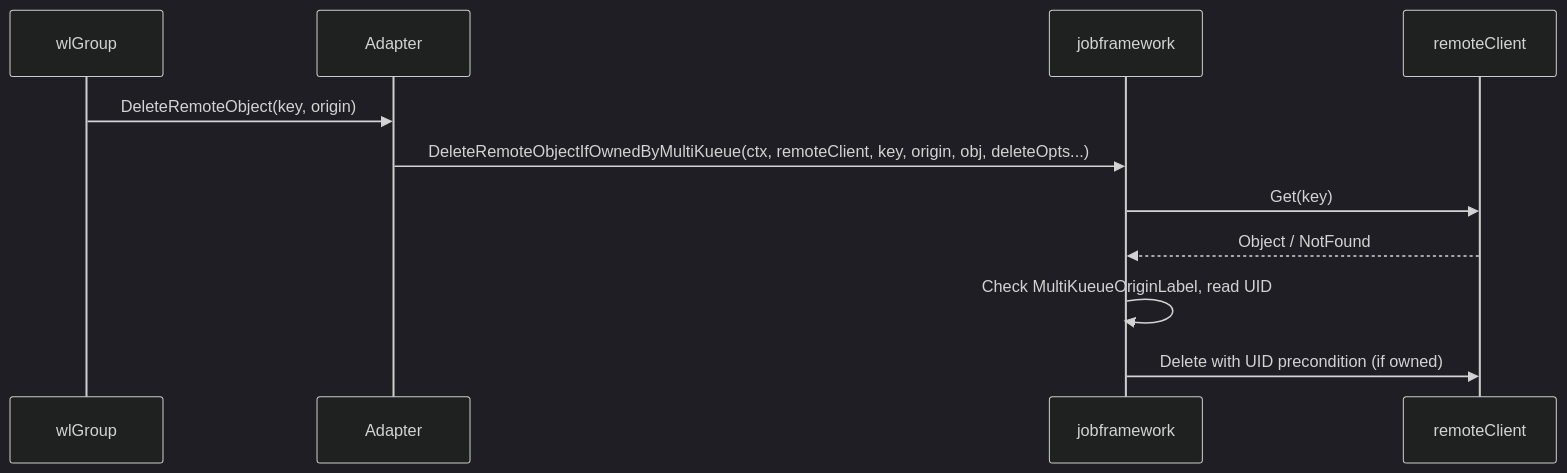
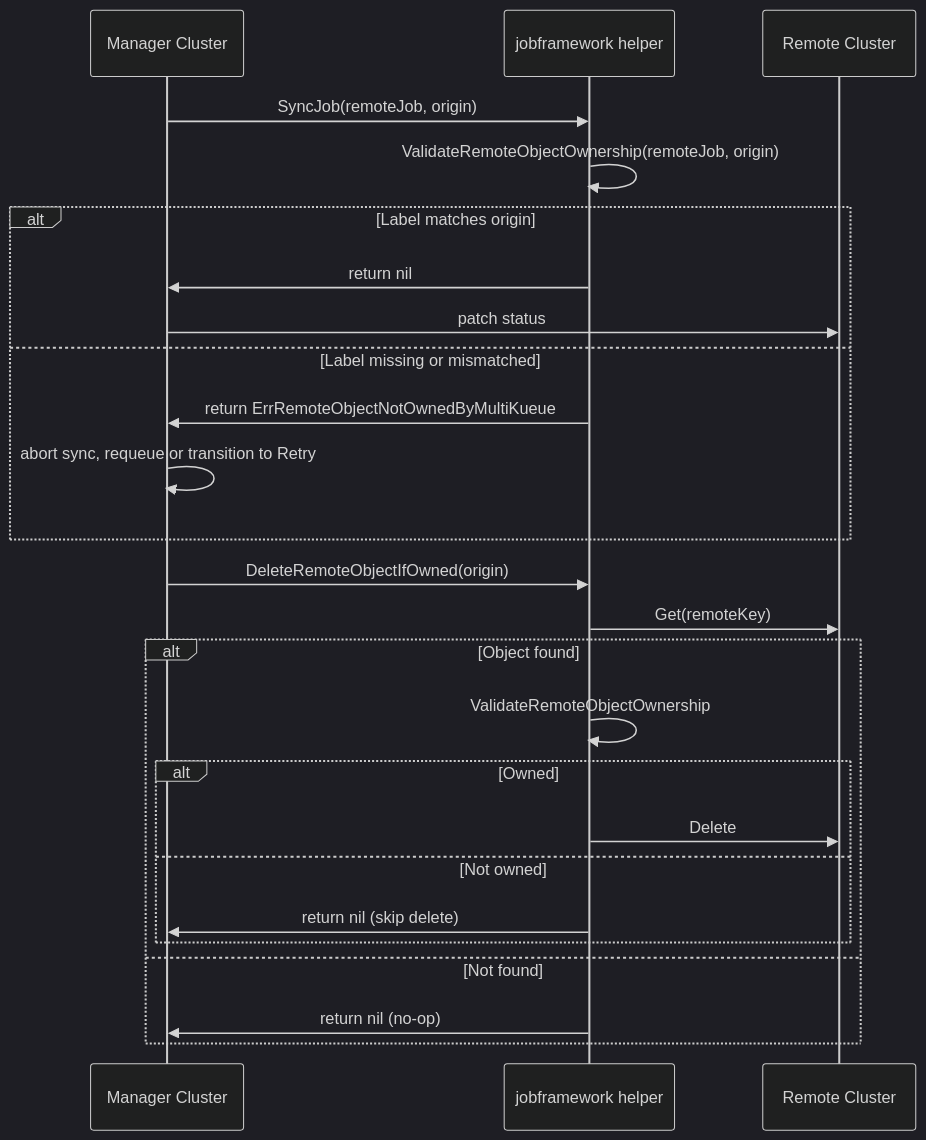
One commit to reruno/kueue-llm-wiki changed the diagram in raw/github/kubernetes-sigs__kueue/pr-11877.md. Above: the diagram before and after it, drawn with Mermaid (dark theme). The commit also changed other lines of this file and 1441 other files, not shown here.

````diff
--- a/raw/github/kubernetes-sigs__kueue/pr-11877.md
+++ b/raw/github/kubernetes-sigs__kueue/pr-11877.md
@@ -432,13 +318,27 @@
 ```mermaid
 sequenceDiagram
-  participant wlGroup
-  participant Adapter
-  participant jobframework
-  participant remoteClient
-  wlGroup->>Adapter: DeleteRemoteObject(key, origin)
-  Adapter->>jobframework: DeleteRemoteObjectIfOwnedByMultiKueue(ctx, remoteClient, key, origin, obj, deleteOpts...)
-  jobframework->>remoteClient: Get(key)
-  remoteClient-->>jobframework: Object / NotFound
-  jobframework->>jobframework: Check MultiKueueOriginLabel, read UID
-  jobframework->>remoteClient: Delete with UID precondition (if owned)
+  participant Manager as Manager Cluster
+  participant Jobframework as jobframework helper
+  participant Remote as Remote Cluster
+  Manager->>Jobframework: SyncJob(remoteJob, origin)
+  Jobframework->>Jobframework: ValidateRemoteObjectOwnership(remoteJob, origin)
+  alt Label matches origin
+    Jobframework->>Manager: return nil
+    Manager->>Remote: patch status
+  else Label missing or mismatched
+    Jobframework->>Manager: return ErrRemoteObjectNotOwnedByMultiKueue
+    Manager->>Manager: abort sync, requeue or transition to Retry
+  end
+  Manager->>Jobframework: DeleteRemoteObjectIfOwned(origin)
+  Jobframework->>Remote: Get(remoteKey)
+  alt Object found
+    Jobframework->>Jobframework: ValidateRemoteObjectOwnership
+    alt Owned
+      Jobframework->>Remote: Delete
+    else Not owned
+      Jobframework->>Manager: return nil (skip delete)
+    end
+  else Not found
+    Jobframework->>Manager: return nil (no-op)
+  end
 ```
````
